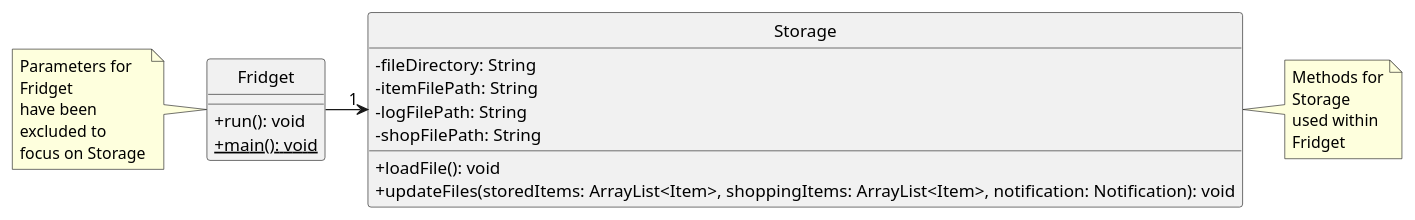
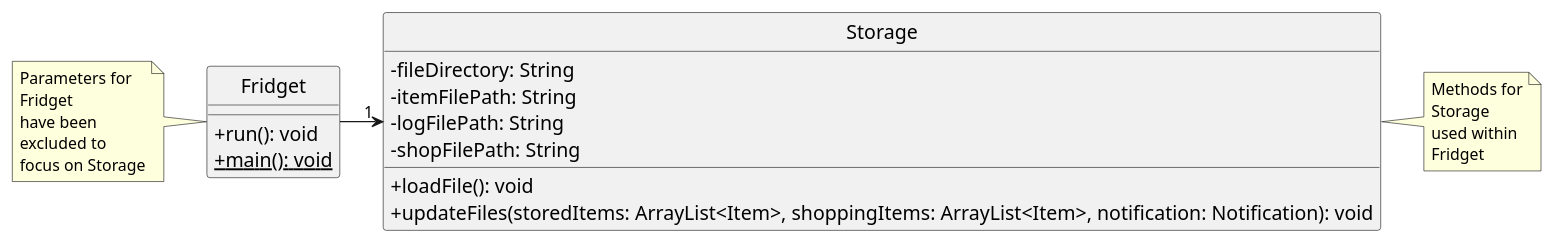
Before and after one commit to uosjapuelks/tp: the diagram in docs/pumlFiles/StorageClass.puml, drawn with PlantUML. The commit also changed 7 other files, not shown here.

Commit message:
Update font size and bg color

```diff
--- a/docs/pumlFiles/StorageClass.puml
+++ b/docs/pumlFiles/StorageClass.puml
@@ -1,36 +1,38 @@
 @startuml
 hide circle
 skinparam classAttributeIconSize 0
+skinparam classFontSize 16
+skinparam classAttributeFontSize 16
 
 Fridget -> "1" Storage
 
 class Fridget {
     + run(): void
     + {static} main(): void
 }
 
 note left
     Parameters for
     Fridget
     have been
     excluded to
     focus on Storage
 end note
 
 class Storage {
     - fileDirectory: String
     - itemFilePath: String
     - logFilePath: String
     - shopFilePath: String
     + loadFile(): void
     + updateFiles(storedItems: ArrayList<Item>, shoppingItems: ArrayList<Item>, notification: Notification): void
 }
 
 note right
     Methods for
     Storage
     used within
     Fridget
 end note
 
 @enduml
```
